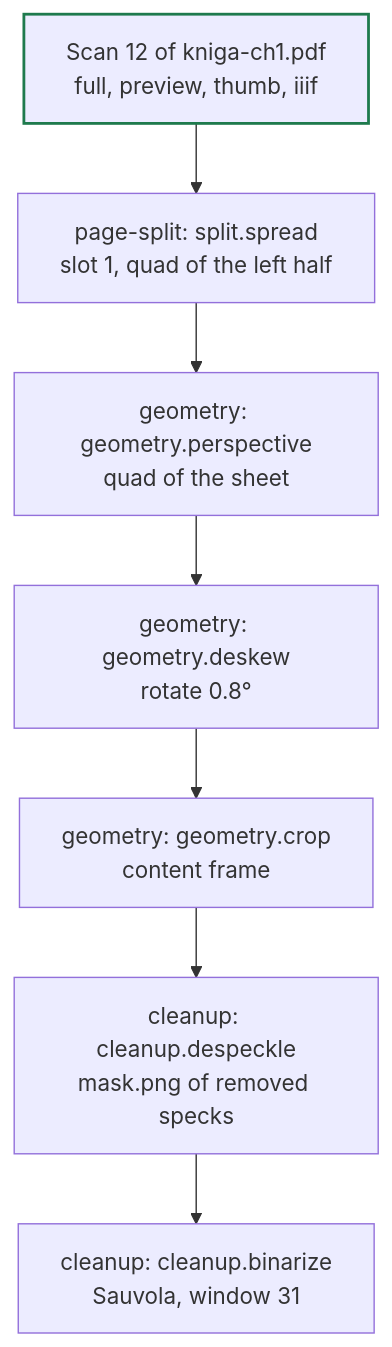
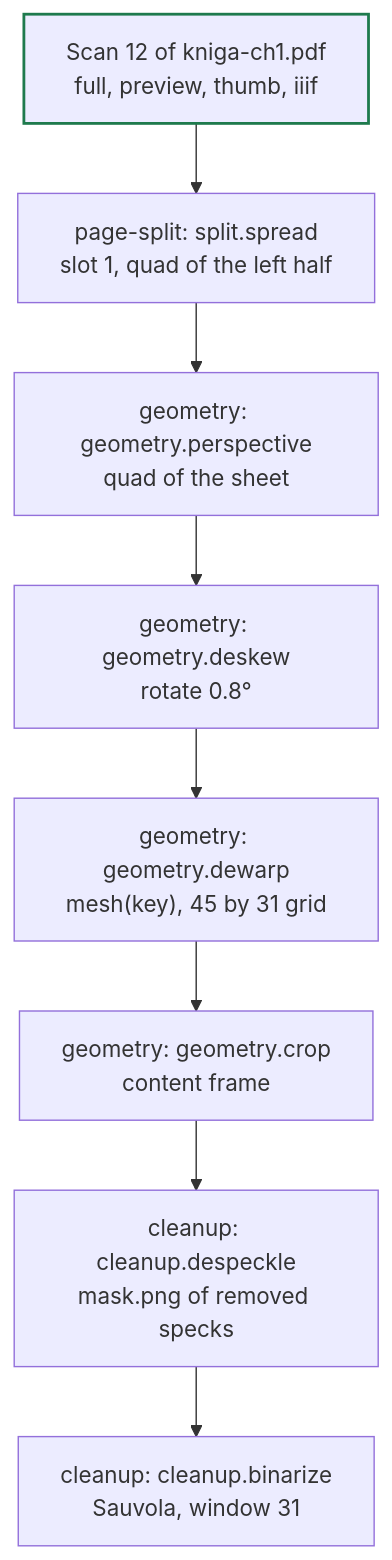
Before and after one commit to akhmialeuski/BookReviver: the fourth of 10 diagrams in docs/architecture.md, drawn with Mermaid. The commit also changed other lines of this file and 68 other files, not shown here.

````diff
--- a/docs/architecture.md
+++ b/docs/architecture.md
@@ -498,10 +499,11 @@
 ```mermaid
 flowchart TD
     C["Scan 12 of kniga-ch1.pdf<br/>full, preview, thumb, iiif"] --> A["page-split: split.spread<br/>slot 1, quad of the left half"]
     A --> P["geometry: geometry.perspective<br/>quad of the sheet"]
     P --> B["geometry: geometry.deskew<br/>rotate 0.8°"]
-    B --> D["geometry: geometry.crop<br/>content frame"]
+    B --> W["geometry: geometry.dewarp<br/>mesh(key), 45 by 31 grid"]
+    W --> D["geometry: geometry.crop<br/>content frame"]
     D --> E["cleanup: cleanup.despeckle<br/>mask.png of removed specks"]
     E --> F["cleanup: cleanup.binarize<br/>Sauvola, window 31"]
     style C stroke:#1e7a4d,stroke-width:2px
 ```
````
